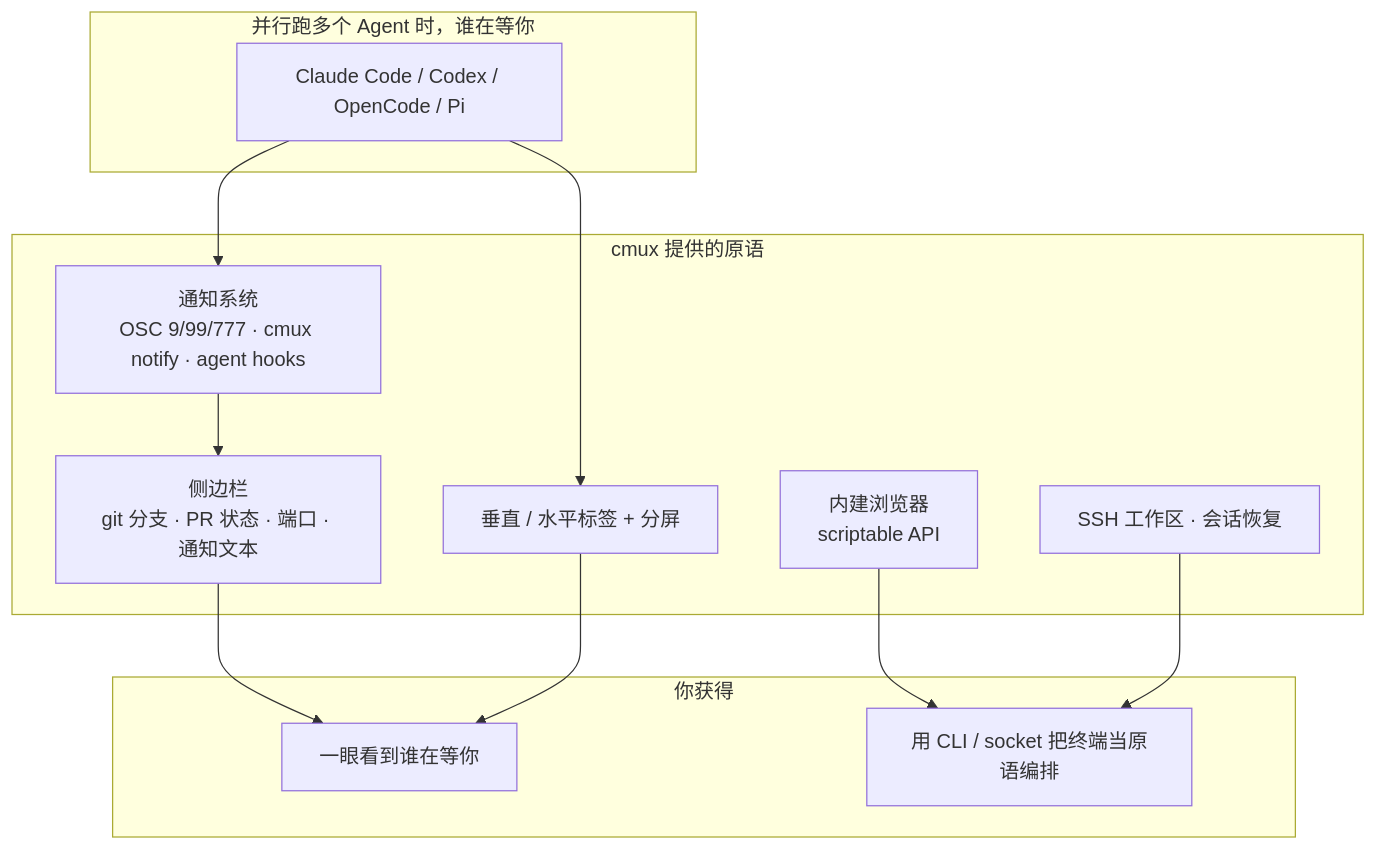
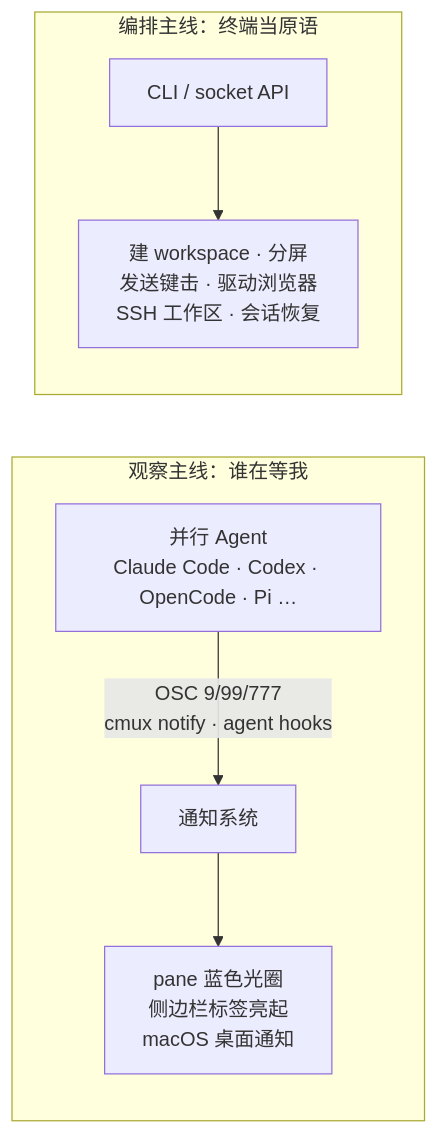
One commit to A1pha3/text-matrix changed the diagram in content/posts/tech/cmux-ghostty-terminal-ai-coding.md. Above: the diagram before and after it, drawn with Mermaid. The commit also changed other lines of this file and 331 other files, not shown here.

````diff
--- a/content/posts/tech/cmux-ghostty-terminal-ai-coding.md
+++ b/content/posts/tech/cmux-ghostty-terminal-ai-coding.md
@@ -46,24 +49,10 @@
 ```mermaid
-flowchart TB
-    subgraph 场景["并行跑多个 Agent 时，谁在等你"]
-        P["Claude Code / Codex / OpenCode / Pi"]
+flowchart LR
+    subgraph OBSERVE["观察主线：谁在等我"]
+        P["并行 Agent<br/>Claude Code · Codex · OpenCode · Pi …"] -- "OSC 9/99/777<br/>cmux notify · agent hooks" --> N["通知系统"]
+        N --> OUT["pane 蓝色光圈<br/>侧边栏标签亮起<br/>macOS 桌面通知"]
     end
-    subgraph cmux["cmux 提供的原语"]
-        N["通知系统<br/>OSC 9/99/777 · cmux notify · agent hooks"]
-        S["侧边栏<br/>git 分支 · PR 状态 · 端口 · 通知文本"]
-        T["垂直 / 水平标签 + 分屏"]
-        B["内建浏览器<br/>scriptable API"]
-        R["SSH 工作区 · 会话恢复"]
+    subgraph ORCH["编排主线：终端当原语"]
+        C["CLI / socket API"] --> K["建 workspace · 分屏<br/>发送键击 · 驱动浏览器<br/>SSH 工作区 · 会话恢复"]
     end
-    subgraph 结果["你获得"]
-        OUT["一眼看到谁在等你"]
-        CLI["用 CLI / socket 把终端当原语编排"]
-    end
-    P --> N
-    P --> T
-    N --> S
-    S --> OUT
-    T --> OUT
-    B --> CLI
-    R --> CLI
 ```
````
